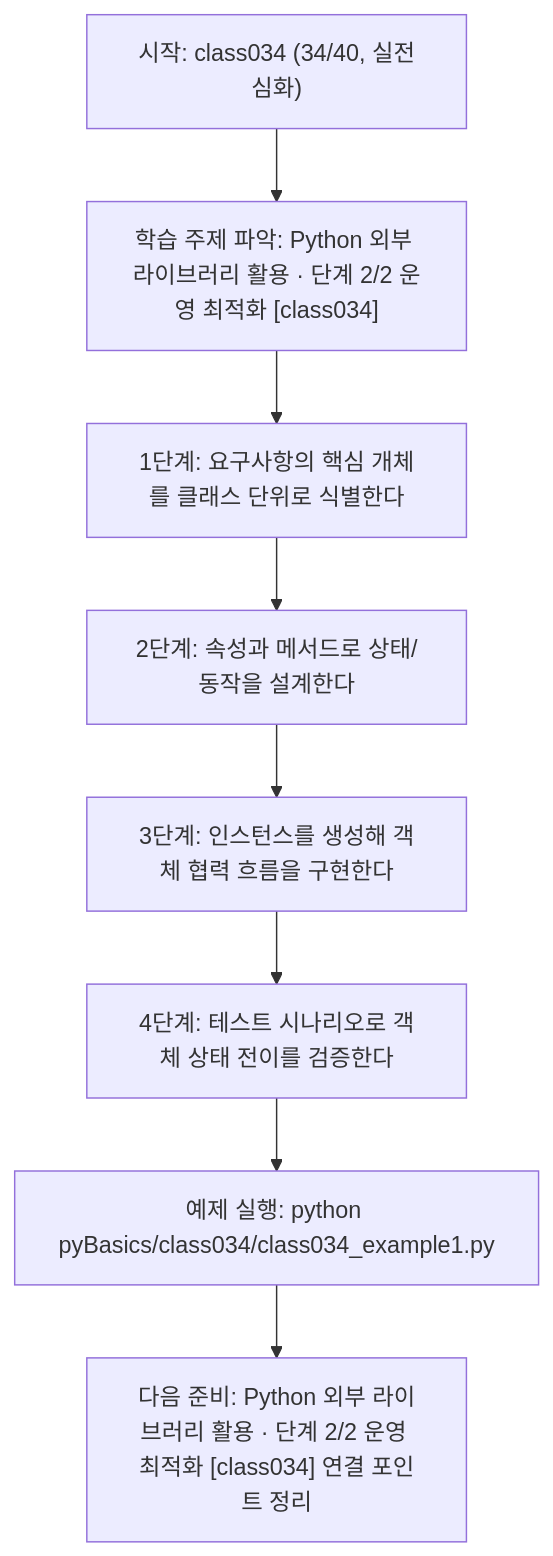
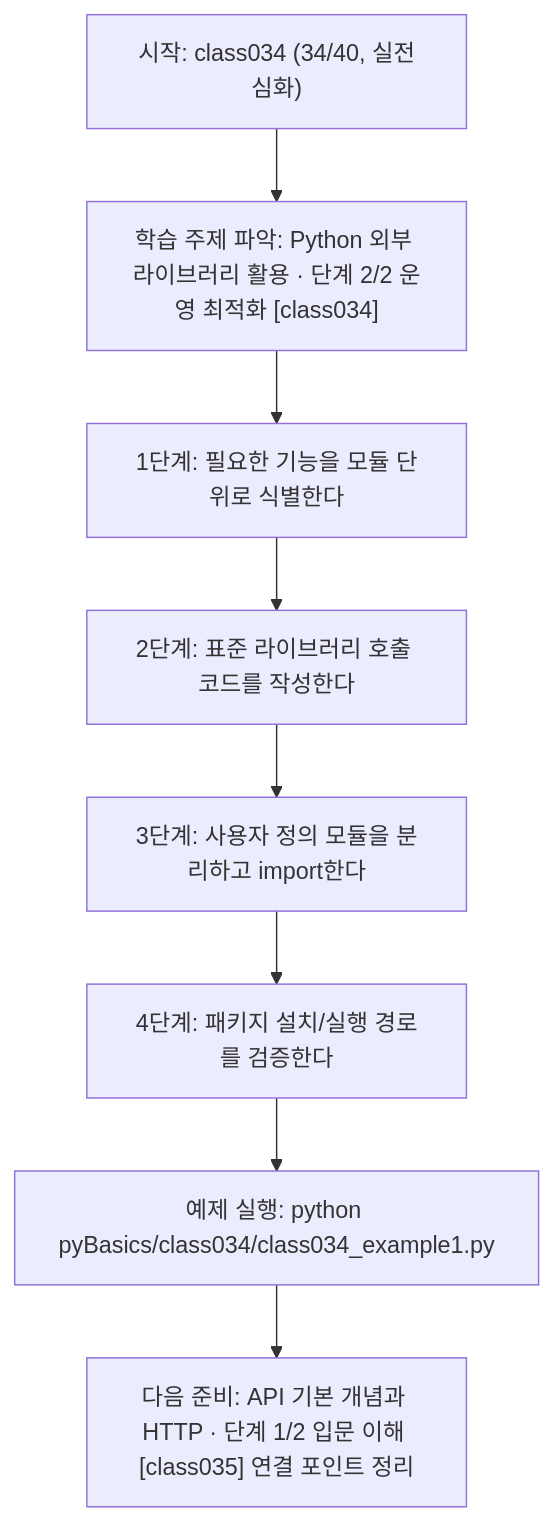
One commit to edumgt/Python-AI_Agent-Class changed the diagram in pyBasics/class034/class034.md. Above: the diagram before and after it, drawn with Mermaid. The commit also changed other lines of this file and 2370 other files, not shown here.

````diff
--- a/pyBasics/class034/class034.md
+++ b/pyBasics/class034/class034.md
@@ -108,18 +91,18 @@
 ```mermaid
 flowchart TD
 N1["시작: class034 (34/40, 실전심화)"]
 N2["학습 주제 파악: Python 외부 라이브러리 활용 · 단계 2/2 운영 최적화 [class034]"]
-N3["1단계: 요구사항의 핵심 개체를 클래스 단위로 식별한다"]
-N4["2단계: 속성과 메서드로 상태/동작을 설계한다"]
-N5["3단계: 인스턴스를 생성해 객체 협력 흐름을 구현한다"]
-N6["4단계: 테스트 시나리오로 객체 상태 전이를 검증한다"]
+N3["1단계: 필요한 기능을 모듈 단위로 식별한다"]
+N4["2단계: 표준 라이브러리 호출 코드를 작성한다"]
+N5["3단계: 사용자 정의 모듈을 분리하고 import한다"]
+N6["4단계: 패키지 설치/실행 경로를 검증한다"]
 N7["예제 실행: python pyBasics/class034/class034_example1.py"]
-N8["다음 준비: Python 외부 라이브러리 활용 · 단계 2/2 운영 최적화 [class034] 연결 포인트 정리"]
+N8["다음 준비: API 기본 개념과 HTTP · 단계 1/2 입문 이해 [class035] 연결 포인트 정리"]
 N1 --> N2
 N2 --> N3
 N3 --> N4
 N4 --> N5
 N5 --> N6
 N6 --> N7
 N7 --> N8
 ```
````
